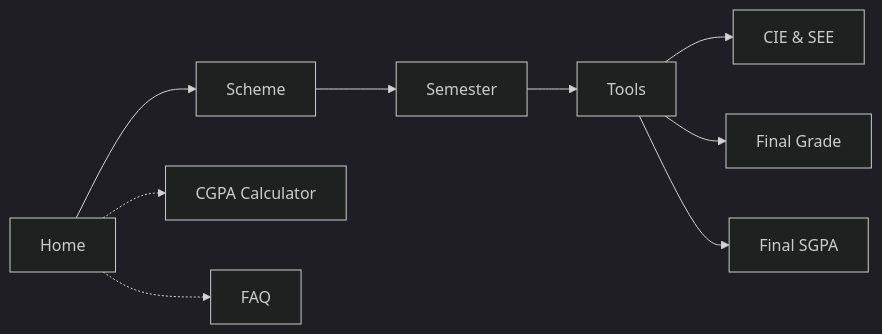
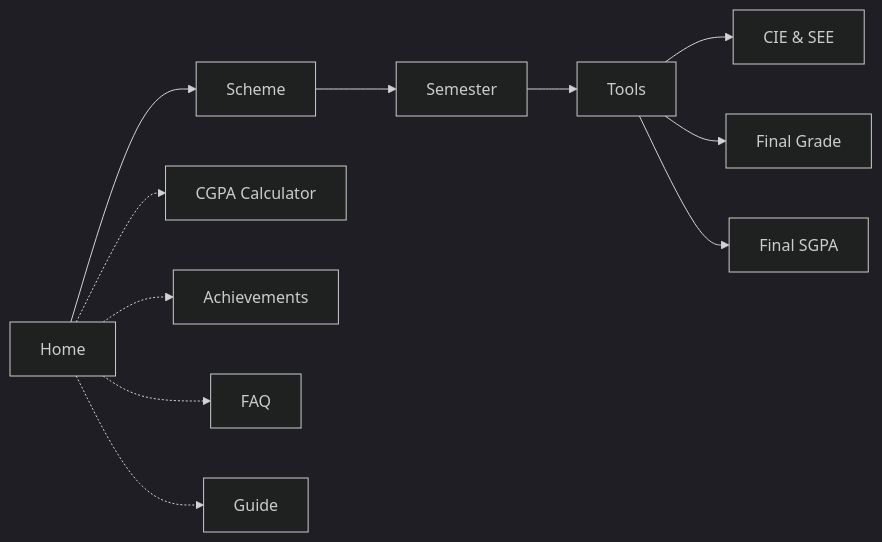
Before and after one commit to Rajlohith/rvce-mca-grade-calculator: the first of 2 diagrams in README.md, drawn with Mermaid (dark theme).

Commit message:
Add links to Achievements and Guide sections in the README

````diff
--- a/README.md
+++ b/README.md
@@ -113,11 +113,13 @@
 ```mermaid
 flowchart LR
     Home --> Scheme --> Semester --> Tools
 
     Tools --> CieSee["CIE & SEE"]
     Tools --> FinalGrade["Final Grade"]
     Tools --> FinalGpa["Final SGPA"]
 
     Home -.-> Cgpa["CGPA Calculator"]
+    Home -.-> Achievements["Achievements"]
     Home -.-> Faq["FAQ"]
+    Home -.-> Guide["Guide"]
 ```
````
